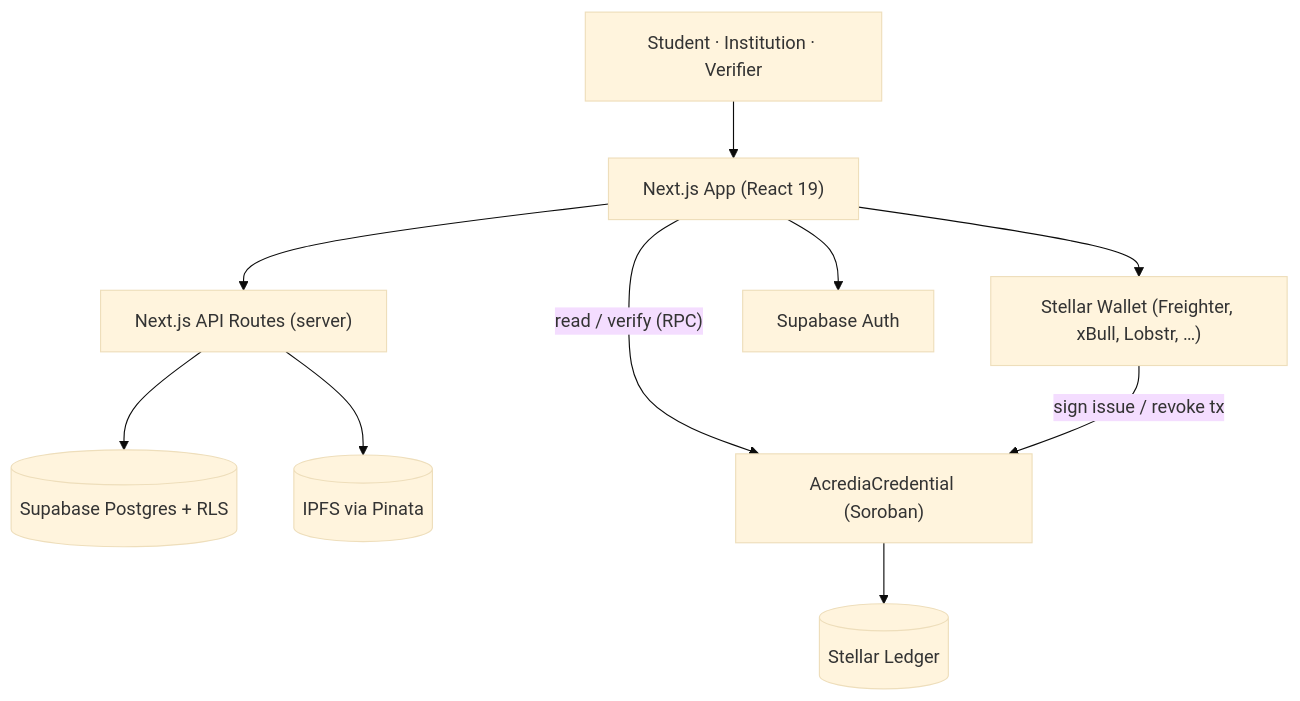
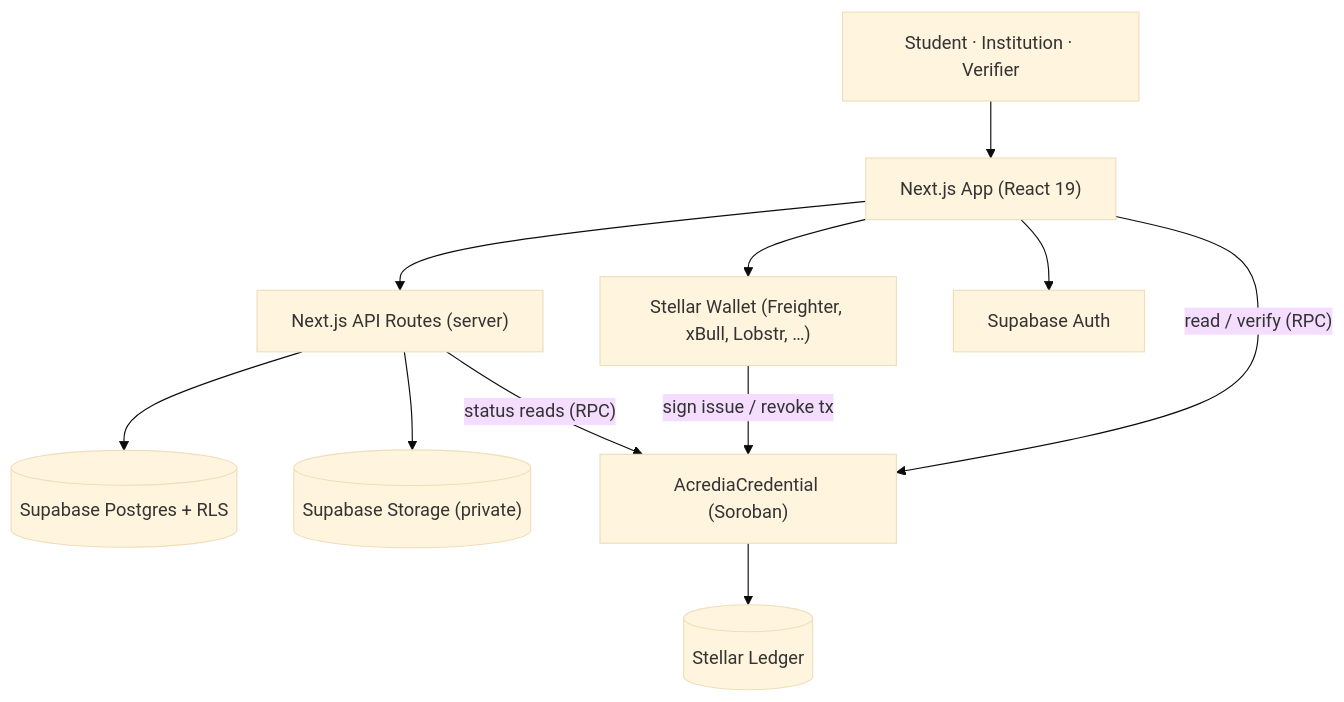
Before and after one commit to soumen0818/ACREDIA-STELLAR: the diagram in docs/architecture.md, drawn with Mermaid (base theme). The commit also changed other lines of this file and 274 other files, not shown here.

````diff
--- a/docs/architecture.md
+++ b/docs/architecture.md
@@ -11,22 +11,23 @@
 ```mermaid
 graph TD
     U["Student · Institution · Verifier"]
     FE["Next.js App (React 19)"]
     FW["Stellar Wallet (Freighter, xBull, Lobstr, …)"]
     API["Next.js API Routes (server)"]
     AUTH["Supabase Auth"]
     DB[("Supabase Postgres + RLS")]
-    IPFS[("IPFS via Pinata")]
+    ST[("Supabase Storage (private)")]
     SC["AcrediaCredential (Soroban)"]
     L[("Stellar Ledger")]
 
     U --> FE
     FE --> AUTH
     FE --> FW
     FE --> API
     FE -->|"read / verify (RPC)"| SC
     FW -->|"sign issue / revoke tx"| SC
     API --> DB
-    API --> IPFS
+    API --> ST
+    API -->|"status reads (RPC)"| SC
     SC --> L
 ```
````
